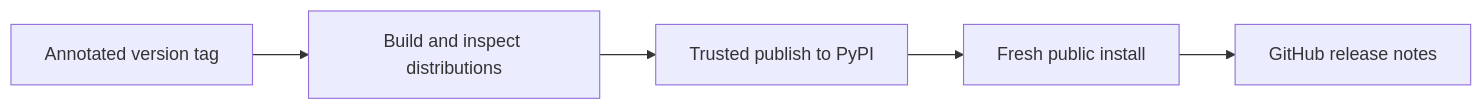
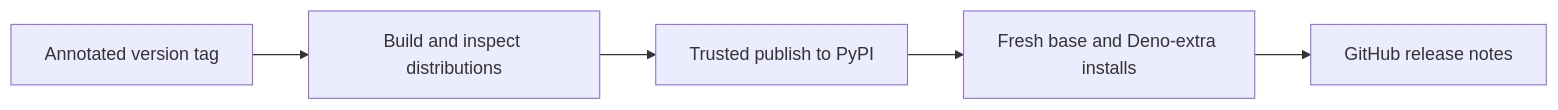
Before and after one commit to marimo-team/marimo-studio: the diagram in development_docs/releasing.md, drawn with Mermaid. The commit also changed other lines of this file, not shown here.

````diff
--- a/development_docs/releasing.md
+++ b/development_docs/releasing.md
@@ -93,7 +184,7 @@
 ```mermaid
 flowchart LR
     Tag[Annotated version tag] --> Build[Build and inspect distributions]
     Build --> Publish[Trusted publish to PyPI]
-    Publish --> Verify[Fresh public install]
+    Publish --> Verify[Fresh base and Deno-extra installs]
     Verify --> Notes[GitHub release notes]
 ```
````
